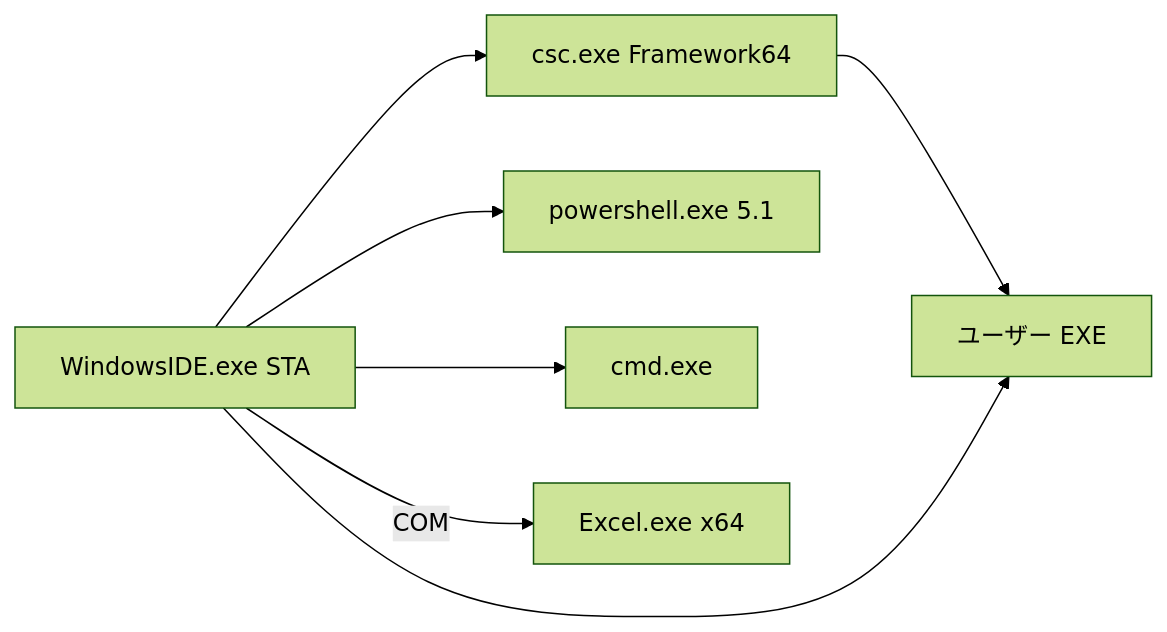
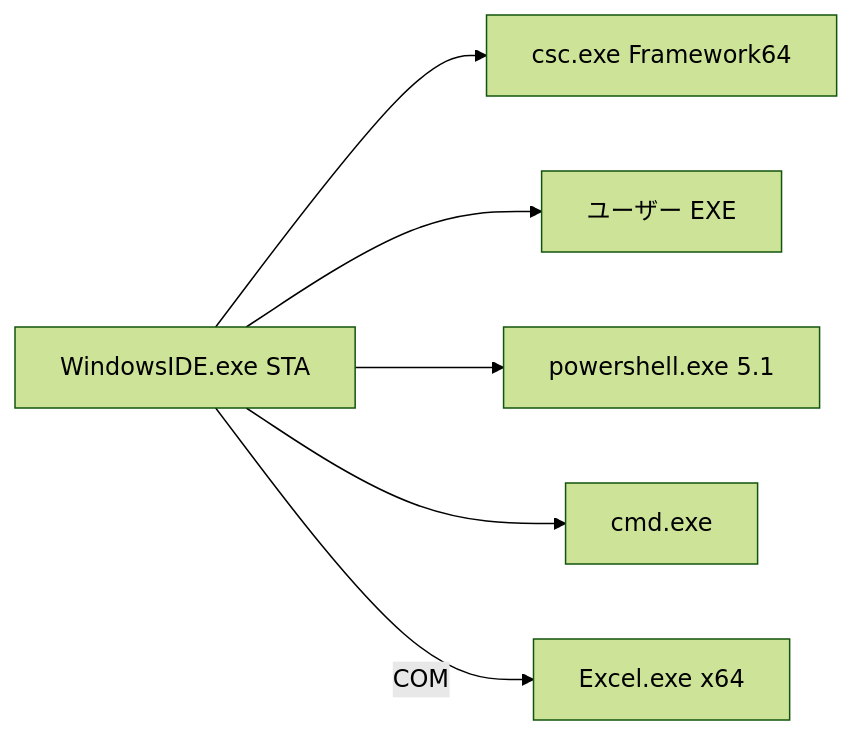
One commit to vibe-Crdr/WindowsIDE changed the diagram in docs/architecture.md. Above: the diagram before and after it, drawn with Mermaid (forest theme). The commit also changed other lines of this file and 10 other files, not shown here.

````diff
--- a/docs/architecture.md
+++ b/docs/architecture.md
@@ -19,16 +19,15 @@
 ```mermaid
 flowchart LR
   ui["WindowsIDE.exe STA"]
   csc["csc.exe Framework64"]
   child["ユーザー EXE"]
   ps["powershell.exe 5.1"]
   cmd["cmd.exe"]
   xl["Excel.exe x64"]
 
   ui --> csc
-  csc --> child
   ui --> child
   ui --> ps
   ui --> cmd
   ui -->|"COM"| xl
 ```
````
